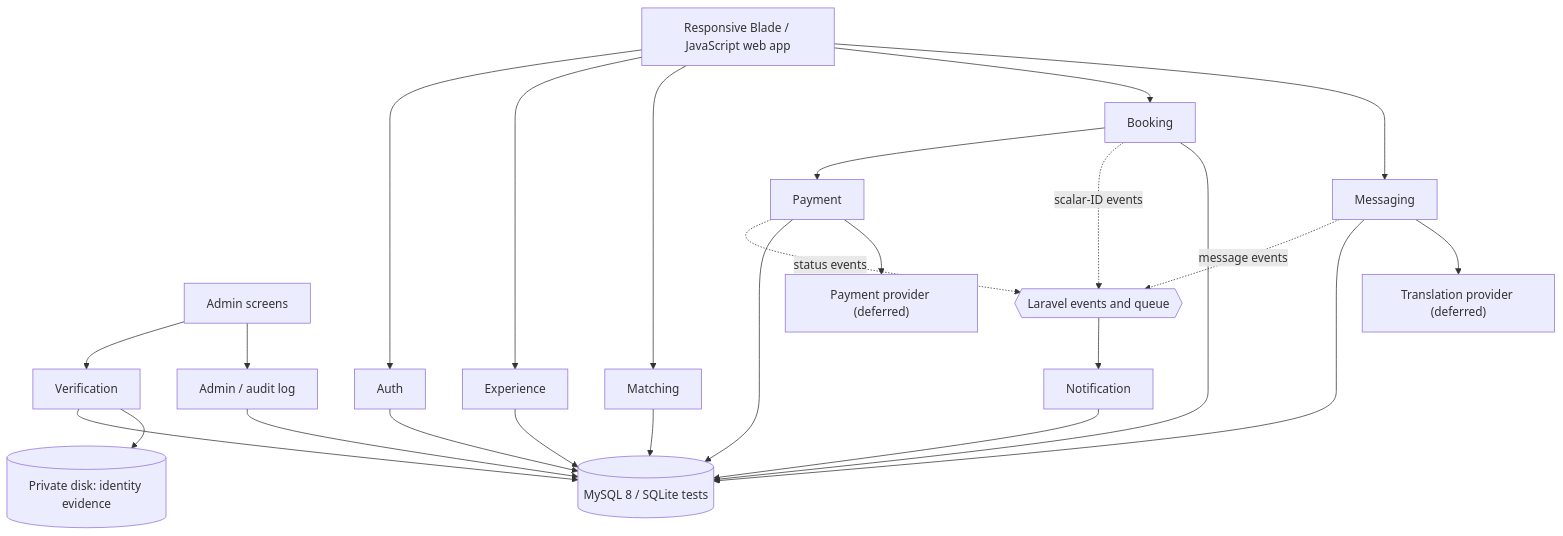
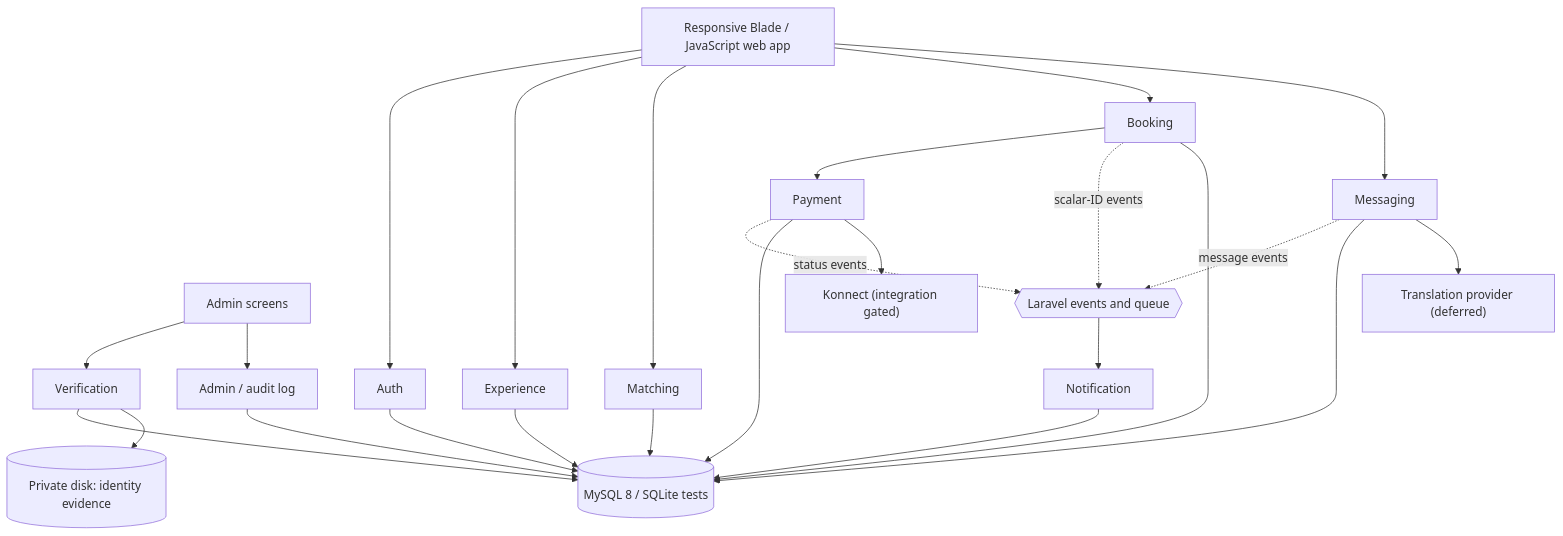
The first of 2 diagrams in docs/architecture.md (nourbouzir/Ahla), drawn with Mermaid before and after one commit. The commit also changed other lines of this file and 2 other files, not shown here.

First line of the commit message:
docs: evaluate Konnect for v1 payments

````diff
--- a/docs/architecture.md
+++ b/docs/architecture.md
@@ -26,44 +26,44 @@
 ```mermaid
 flowchart TB
     WEB["Responsive Blade / JavaScript web app"]
     ADMIN["Admin screens"]
     AUTH["Auth"]
     VER["Verification"]
     EXP["Experience"]
     MAT["Matching"]
     BOOK["Booking"]
     PAY["Payment"]
     MSG["Messaging"]
     NOTIF["Notification"]
     AUDIT["Admin / audit log"]
     BUS{{"Laravel events and queue"}}
     DB[("MySQL 8 / SQLite tests")]
     PRIVATE[("Private disk: identity evidence")]
-    GATEWAY["Payment provider (deferred)"]
+    GATEWAY["Konnect (integration gated)"]
     TRANSLATOR["Translation provider (deferred)"]
 
     WEB --> AUTH
     WEB --> EXP
     WEB --> MAT
     WEB --> BOOK
     WEB --> MSG
     ADMIN --> VER
     ADMIN --> AUDIT
     BOOK --> PAY
     BOOK -. scalar-ID events .-> BUS
     PAY -. status events .-> BUS
     MSG -. message events .-> BUS
     BUS --> NOTIF
     AUTH --> DB
     VER --> DB
     VER --> PRIVATE
     EXP --> DB
     MAT --> DB
     BOOK --> DB
     PAY --> DB
     MSG --> DB
     NOTIF --> DB
     AUDIT --> DB
     PAY --> GATEWAY
     MSG --> TRANSLATOR
 ```
````
